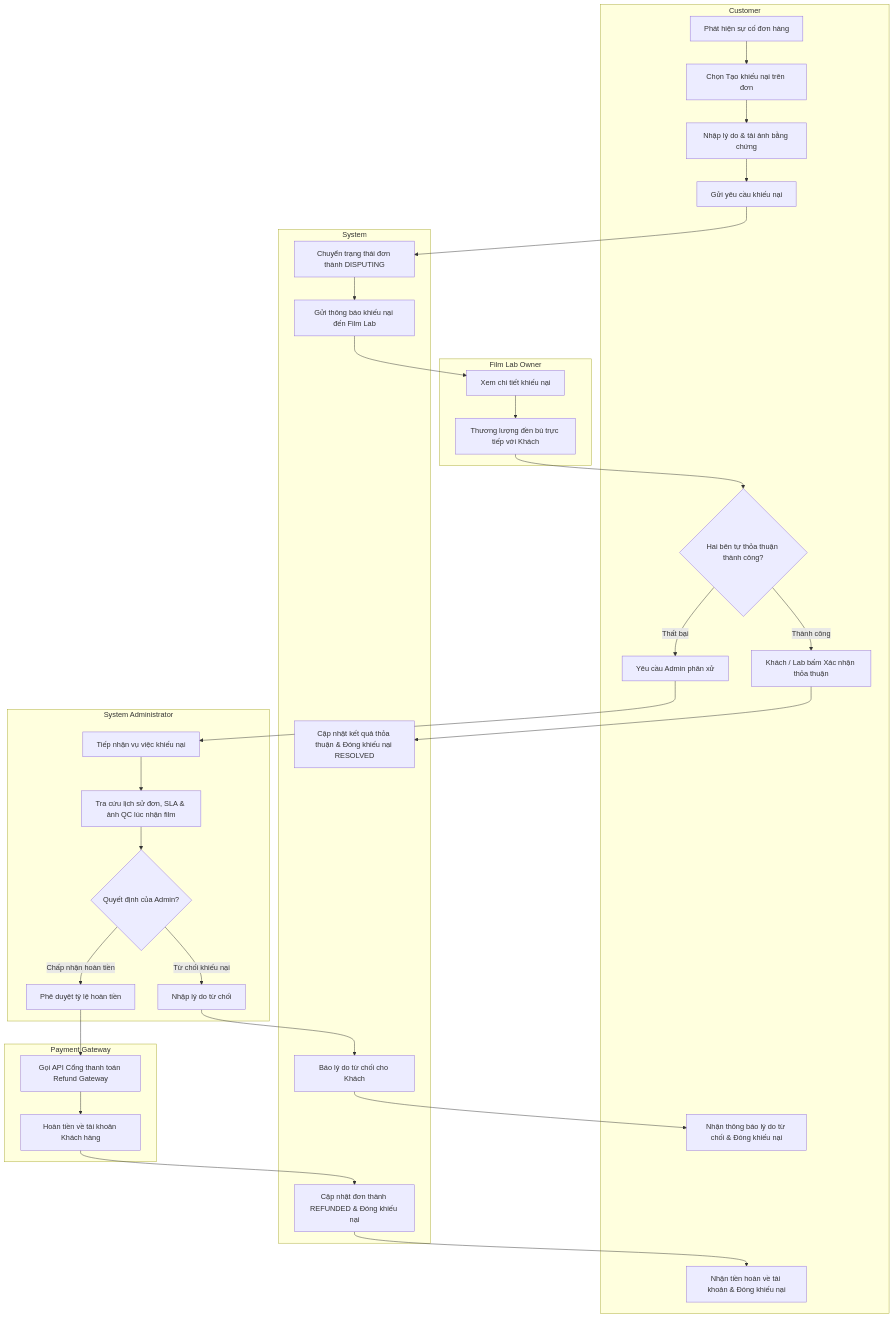
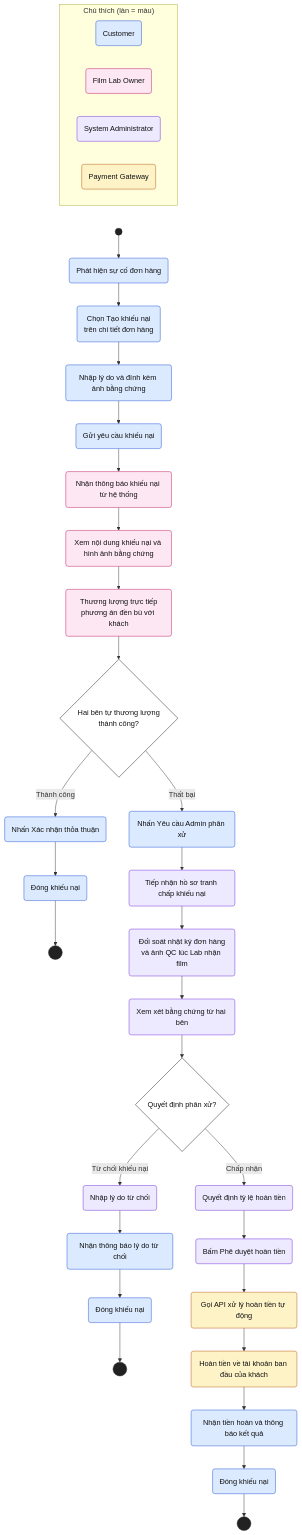
Before and after one commit to huylamnhat/Photographer-enthusiastic-environment: the sixth of 6 diagrams in doc/week 2/so-do-chuc-nang-nghiep-vu.md, drawn with Mermaid. The commit also changed other lines of this file, not shown here.

````diff
--- a/doc/week 2/so-do-chuc-nang-nghiep-vu.md
+++ b/doc/week 2/so-do-chuc-nang-nghiep-vu.md
@@ -267,41 +278,53 @@
 ```mermaid
-graph TD
-    subgraph Customer ["Customer"]
-        E1[Phát hiện sự cố đơn hàng] --> E2[Chọn Tạo khiếu nại trên đơn]
-        E2 --> E3[Nhập lý do & tải ảnh bằng chứng]
-        E3 --> E4[Gửi yêu cầu khiếu nại]
-        E6{Hai bên tự thỏa thuận thành công?}
-        E6 -- Thành công --> E7[Khách / Lab bấm Xác nhận thỏa thuận]
-        E6 -- Thất bại --> E8[Yêu cầu Admin phân xử]
-        E10[Nhận thông báo lý do từ chối & Đóng khiếu nại]
-        E13[Nhận tiền hoàn về tài khoản & Đóng khiếu nại]
+flowchart TB
+    classDef cus fill:#dbeafe,stroke:#1d4ed8,color:#111
+    classDef lab fill:#fce7f3,stroke:#be185d,color:#111
+    classDef adm fill:#ede9fe,stroke:#6d28d9,color:#111
+    classDef pay fill:#fef3c7,stroke:#b45309,color:#111
+    classDef dec fill:#fff,stroke:#111,color:#111
+    classDef term fill:#222,stroke:#222,color:#fff
+
+    subgraph LEG["Chú thích (làn = màu)"]
+        direction LR
+        K1("Customer"):::cus
+        K2("Film Lab Owner"):::lab
+        K3("System Administrator"):::adm
+        K4("Payment Gateway"):::pay
     end
 
-    subgraph System ["System"]
-        E4 --> S1[Chuyển trạng thái đơn thành DISPUTING]
-        S1 --> S2[Gửi thông báo khiếu nại đến Film Lab]
-        E7 --> S3[Cập nhật kết quả thỏa thuận & Đóng khiếu nại RESOLVED]
-        S4[Báo lý do từ chối cho Khách] --> E10
-        S5[Cập nhật đơn thành REFUNDED & Đóng khiếu nại] --> E13
-    end
+    S((" ")):::term
+    C1("Phát hiện sự cố đơn hàng"):::cus
+    C2("Chọn Tạo khiếu nại<br/>trên chi tiết đơn hàng"):::cus
+    C3("Nhập lý do và đính kèm ảnh bằng chứng"):::cus
+    C4("Gửi yêu cầu khiếu nại"):::cus
+    L1("Nhận thông báo khiếu nại từ hệ thống"):::lab
+    L2("Xem nội dung khiếu nại và hình ảnh bằng chứng"):::lab
+    L3("Thương lượng trực tiếp<br/>phương án đền bù với khách"):::lab
+    C5{"Hai bên tự thương lượng<br/>thành công?"}:::dec
+    C6("Nhấn Xác nhận thỏa thuận"):::cus
+    C7("Đóng khiếu nại"):::cus
+    E1(((" "))):::term
+    C8("Nhấn Yêu cầu Admin phân xử"):::cus
+    A1("Tiếp nhận hồ sơ tranh chấp khiếu nại"):::adm
+    A2("Đối soát nhật ký đơn hàng<br/>và ảnh QC lúc Lab nhận film"):::adm
+    A3("Xem xét bằng chứng từ hai bên"):::adm
+    A4{"Quyết định phân xử?"}:::dec
+    A5("Nhập lý do từ chối"):::adm
+    C9("Nhận thông báo lý do từ chối"):::cus
+    C10("Đóng khiếu nại"):::cus
+    E2(((" "))):::term
+    A6("Quyết định tỷ lệ hoàn tiền"):::adm
+    A7("Bấm Phê duyệt hoàn tiền"):::adm
+    P1("Gọi API xử lý hoàn tiền tự động"):::pay
+    P2("Hoàn tiền về tài khoản ban đầu của khách"):::pay
+    C11("Nhận tiền hoàn và thông báo kết quả"):::cus
+    C12("Đóng khiếu nại"):::cus
+    E3(((" "))):::term
 
-    subgraph Lab ["Film Lab Owner"]
-        S2 --> L1[Xem chi tiết khiếu nại]
-        L1 --> L2[Thương lượng đền bù trực tiếp với Khách]
-        L2 --> E6
-    end
-
-    subgraph Admin ["System Administrator"]
-        E8 --> A1[Tiếp nhận vụ việc khiếu nại]
-        A1 --> A2[Tra cứu lịch sử đơn, SLA & ảnh QC lúc nhận film]
-        A2 --> A3{Quyết định của Admin?}
-        A3 -- Từ chối khiếu nại --> A4[Nhập lý do từ chối] --> S4
-        A3 -- Chấp nhận hoàn tiền --> A5[Phê duyệt tỷ lệ hoàn tiền]
-    end
-
-    subgraph Payment ["Payment Gateway"]
-        A5 --> P1[Gọi API Cổng thanh toán Refund Gateway]
-        P1 --> P2[Hoàn tiền về tài khoản Khách hàng]
-        P2 --> S5
-    end
+    LEG ~~~ S
+    S --> C1 --> C2 --> C3 --> C4 --> L1 --> L2 --> L3 --> C5
+    C5 -->|Thành công| C6 --> C7 --> E1
+    C5 -->|Thất bại| C8 --> A1 --> A2 --> A3 --> A4
+    A4 -->|Từ chối khiếu nại| A5 --> C9 --> C10 --> E2
+    A4 -->|Chấp nhận| A6 --> A7 --> P1 --> P2 --> C11 --> C12 --> E3
 ```
````
